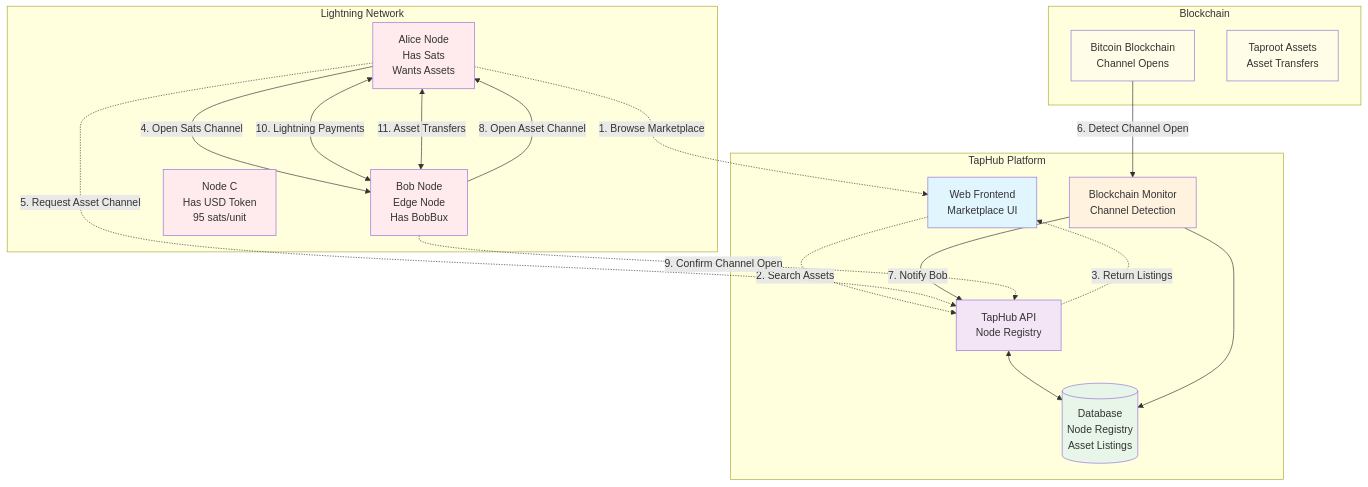
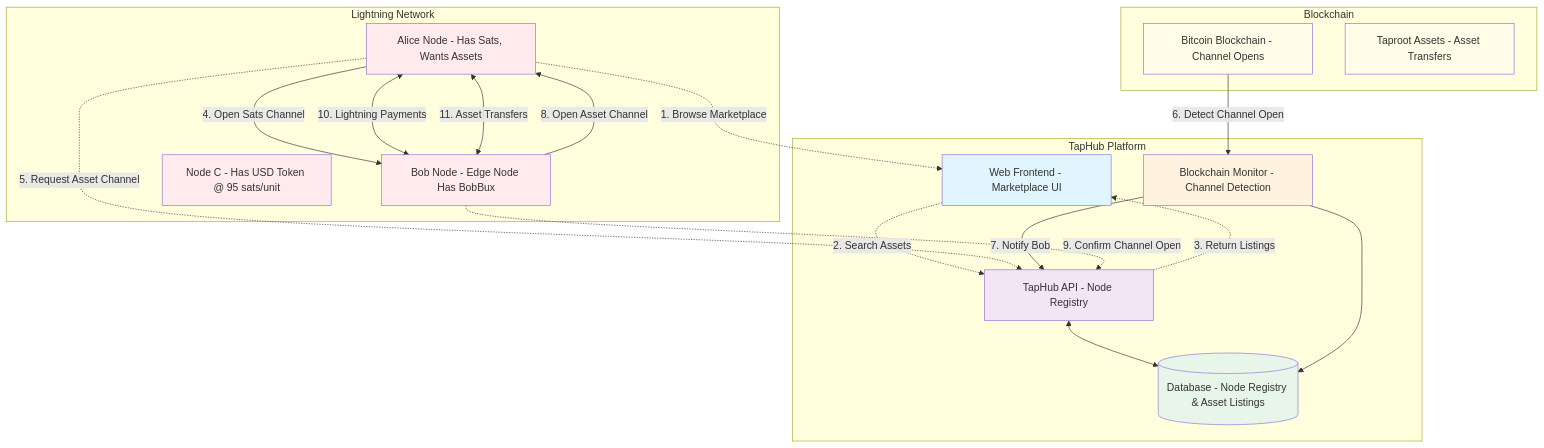
The first of 4 diagrams in docs/taphub-architecture.md (bitcoin-coder-bob/TapHub), drawn with Mermaid before and after one commit.

````diff
--- a/docs/taphub-architecture.md
+++ b/docs/taphub-architecture.md
@@ -9,55 +9,55 @@
 ```mermaid
 graph TB
     subgraph "TapHub Platform"
-        WEB[Web Frontend<br/>Marketplace UI]
-        API[TapHub API<br/>Node Registry]
-        MONITOR[Blockchain Monitor<br/>Channel Detection]
-        DB[(Database<br/>Node Registry<br/>Asset Listings)]
+        WEB[Web Frontend - Marketplace UI]
+        API[TapHub API - Node Registry]
+        MONITOR[Blockchain Monitor - Channel Detection]
+        DB[(Database - Node Registry & Asset Listings)]
     end
 
     subgraph "Lightning Network"
-        ALICE[Alice Node<br/>Has Sats<br/>Wants Assets]
-        BOB[Bob Node<br/>Edge Node<br/>Has BobBux]
-        NODE_C[Node C<br/>Has USD Token<br/>95 sats/unit]
+        ALICE[Alice Node - Has Sats, Wants Assets]
+        BOB[Bob Node - Edge Node Has BobBux]
+        NODE_C[Node C - Has USD Token @ 95 sats/unit]
     end
 
     subgraph "Blockchain"
-        BTC[Bitcoin Blockchain<br/>Channel Opens]
-        TAP[Taproot Assets<br/>Asset Transfers]
+        BTC[Bitcoin Blockchain - Channel Opens]
+        TAP[Taproot Assets - Asset Transfers]
     end
 
     %% User interactions
     ALICE -.->|1. Browse Marketplace| WEB
     WEB -.->|2. Search Assets| API
     API -.->|3. Return Listings| WEB
     
     %% Channel opening flow
     ALICE -->|4. Open Sats Channel| BOB
     ALICE -.->|5. Request Asset Channel| API
     
     %% Monitoring
     BTC -->|6. Detect Channel Open| MONITOR
     MONITOR -->|7. Notify Bob| API
     
     %% Asset channel
     BOB -->|8. Open Asset Channel| ALICE
     BOB -.->|9. Confirm Channel Open| API
     
     %% Trading
     ALICE <-->|10. Lightning Payments| BOB
     ALICE <-->|11. Asset Transfers| BOB
     
     %% Database connections
     API <--> DB
     MONITOR --> DB
     
     style WEB fill:#e1f5fe
     style API fill:#f3e5f5
     style MONITOR fill:#fff3e0
     style DB fill:#e8f5e9
     style ALICE fill:#ffebee
     style BOB fill:#ffebee
     style NODE_C fill:#ffebee
     style BTC fill:#fffde7
     style TAP fill:#fffde7
 ```
````
